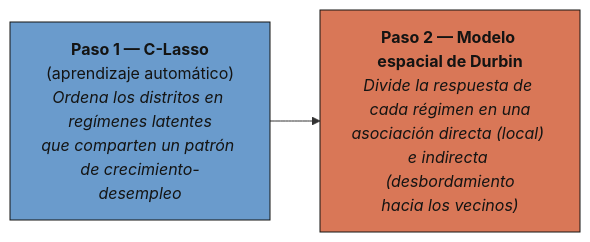
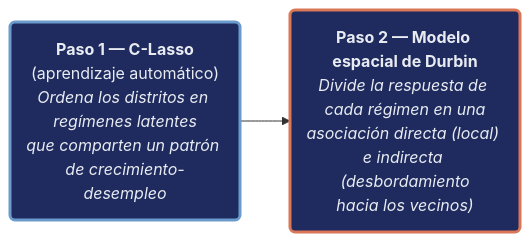
Before and after one commit to cmg777/starter-academic-v501: the diagram in content/es/publication/20260528-EM/index.md, drawn with Mermaid. The commit also changed 10 other files, not shown here.

First line of the commit message:
content(mermaid): restyle flowcharts in Stata posts (batch 2 of 2) and the EM publication (EN/ES/JA); add log

````diff
--- a/content/es/publication/20260528-EM/index.md
+++ b/content/es/publication/20260528-EM/index.md
@@ -98,10 +98,11 @@
 ```mermaid
 graph LR
-    A["<b>Paso 1 — C-Lasso</b><br/>(aprendizaje automático)<br/><i>Ordena los distritos en regímenes latentes<br/>que comparten un patrón de crecimiento-desempleo</i>"]
-    B["<b>Paso 2 — Modelo espacial de Durbin</b><br/><i>Divide la respuesta de cada régimen en una<br/>asociación directa (local) e indirecta (desbordamiento<br/>hacia los vecinos)</i>"]
+    A("<b>Paso 1 — C-Lasso</b><br/>(aprendizaje automático)<br/><i>Ordena los distritos en regímenes latentes<br/>que comparten un patrón de crecimiento-desempleo</i>")
+    B("<b>Paso 2 — Modelo espacial de Durbin</b><br/><i>Divide la respuesta de cada régimen en una<br/>asociación directa (local) e indirecta (desbordamiento<br/>hacia los vecinos)</i>")
 
     A --> B
-
-    style A fill:#6a9bcc,stroke:#141413,color:#141413
-    style B fill:#d97757,stroke:#141413,color:#141413
+    classDef blue fill:#1f2b5e,stroke:#6a9bcc,stroke-width:3px,color:#e8ecf2
+    classDef orange fill:#1f2b5e,stroke:#d97757,stroke-width:3px,color:#e8ecf2
+    class A blue
+    class B orange
 ```
````
